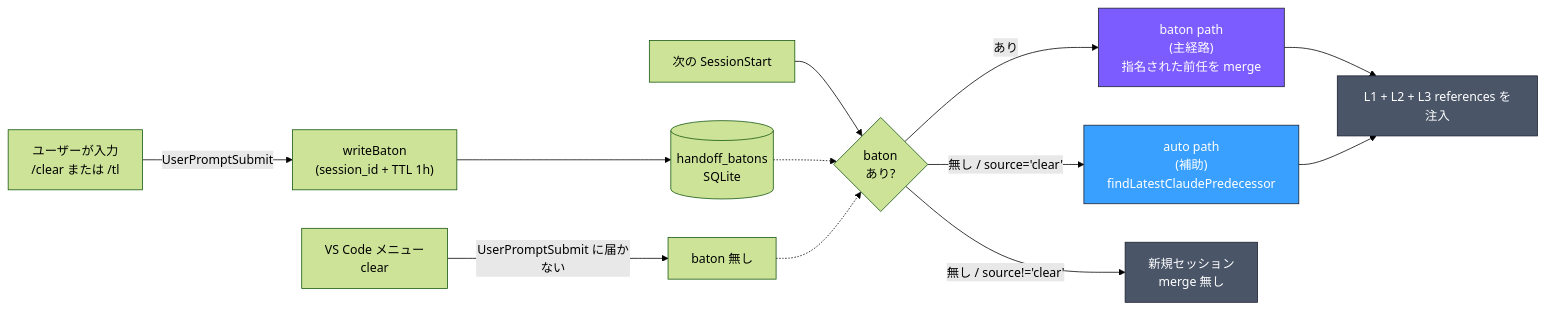
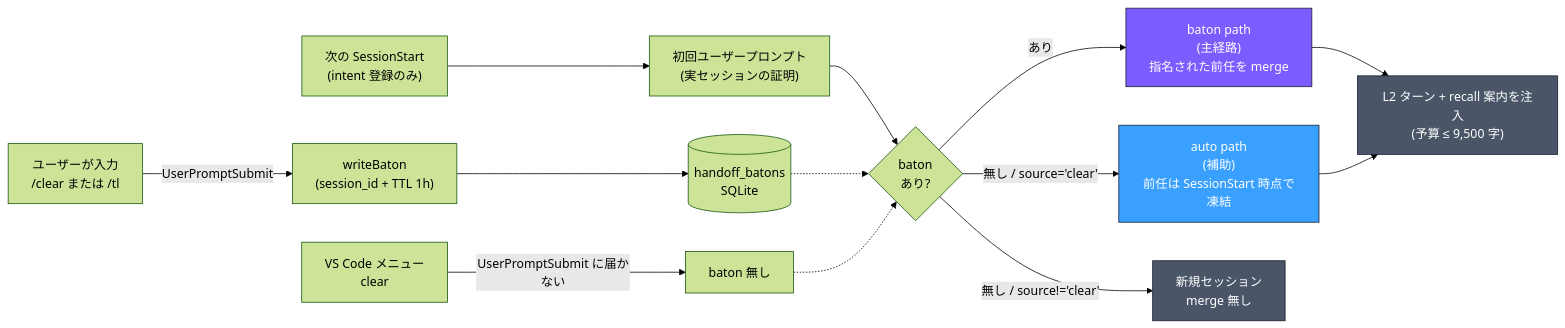
Before and after one commit to kitepon-rgb/Throughline: the third of 3 diagrams in README.ja.md, drawn with Mermaid (forest theme). The commit also changed other lines of this file and 1 other file, not shown here.

````diff
--- a/README.ja.md
+++ b/README.ja.md
@@ -156,21 +168,22 @@
 ```mermaid
 flowchart LR
     U["ユーザーが入力<br/>/clear または /tl"] -->|UserPromptSubmit| W["writeBaton<br/>(session_id + TTL 1h)"]
     W --> B[("handoff_batons<br/>SQLite")]
     M["VS Code メニュー<br/>clear"] -->|UserPromptSubmit に届かない| X["baton 無し"]
-    NS["次の SessionStart"] --> C{"baton<br/>あり?"}
+    NS["次の SessionStart<br/>(intent 登録のみ)"] --> FP["初回ユーザープロンプト<br/>(実セッションの証明)"]
+    FP --> C{"baton<br/>あり?"}
     B -.-> C
     X -.-> C
     C -->|あり| P1["baton path<br/>(主経路)<br/>指名された前任を merge"]
-    C -->|無し / source='clear'| P2["auto path<br/>(補助)<br/>findLatestClaudePredecessor"]
+    C -->|無し / source='clear'| P2["auto path<br/>(補助)<br/>前任は SessionStart 時点で凍結"]
     C -->|無し / source!='clear'| P3["新規セッション<br/>merge 無し"]
-    P1 --> INJ["L1 + L2 + L3 references を注入"]
+    P1 --> INJ["L2 ターン + recall 案内を注入<br/>(予算 ≤ 9,500 字)"]
     P2 --> INJ
 
     classDef primary fill:#7c5cff,stroke:#1a1f2e,color:#fff
     classDef fallback fill:#3aa0ff,stroke:#1a1f2e,color:#fff
     classDef neutral fill:#4a5568,stroke:#1a1f2e,color:#fff
     class P1 primary
     class P2 fallback
     class P3,INJ neutral
 ```
````
